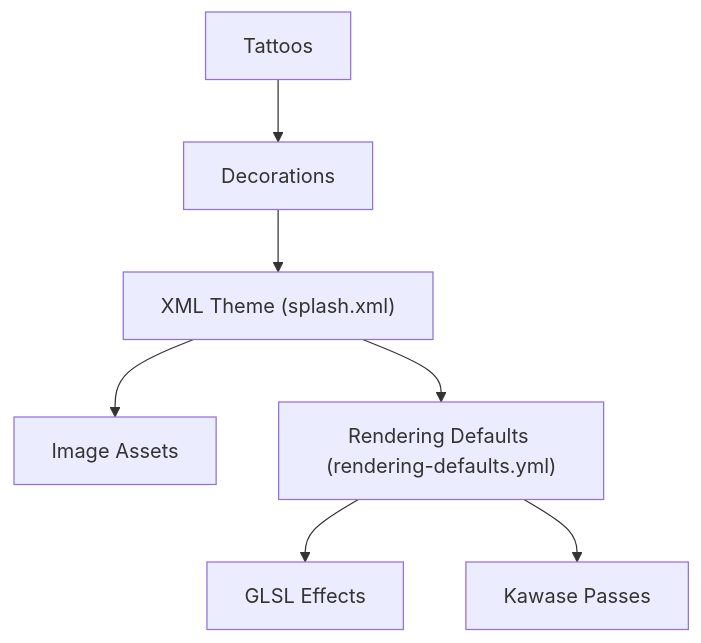
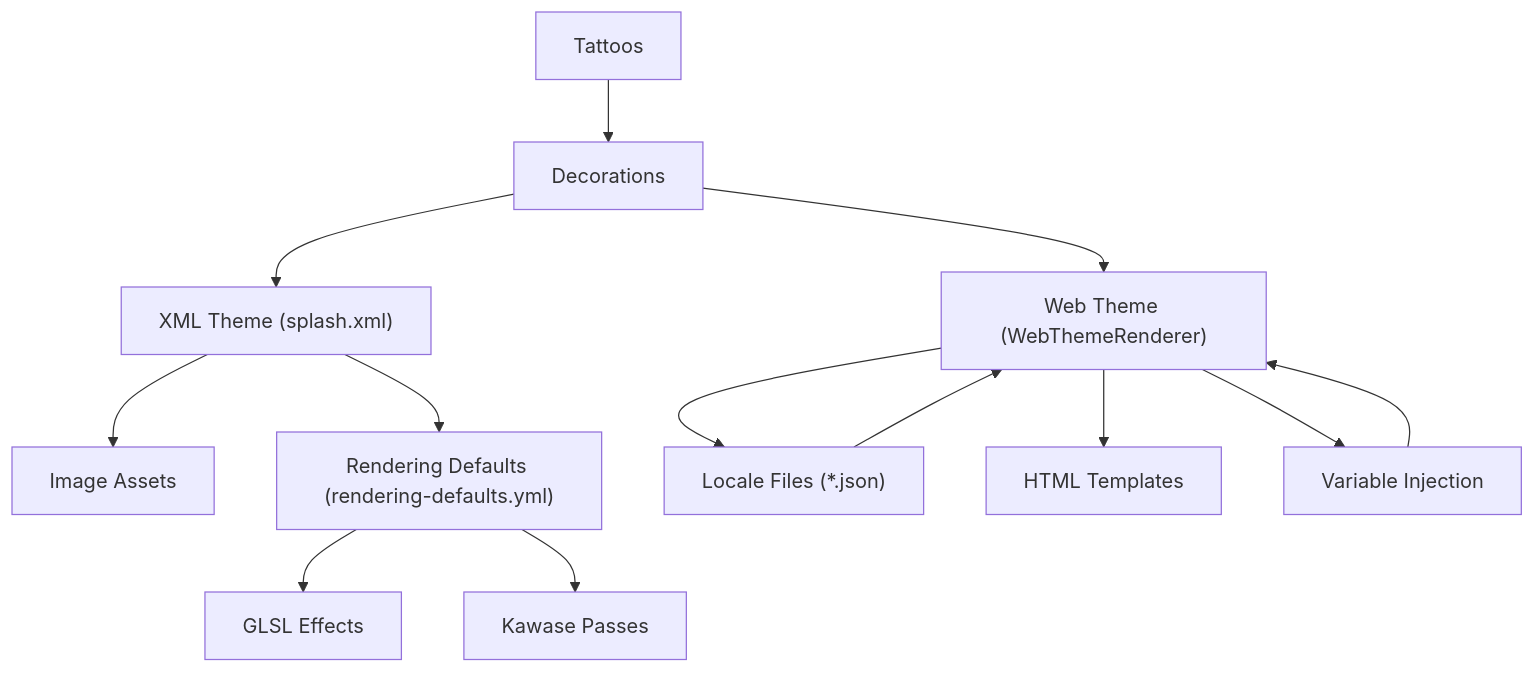
One commit to marcoriesco/RIESCADE_SYSTEM changed the fifth of 5 diagrams in .qoder/repowiki/en/content/Development Guide/Custom Theme and Visual Development.md. Above: the diagram before and after it, drawn with Mermaid. The commit also changed other lines of this file and 10 other files, not shown here.

````diff
--- a/.qoder/repowiki/en/content/Development Guide/Custom Theme and Visual Development.md
+++ b/.qoder/repowiki/en/content/Development Guide/Custom Theme and Visual Development.md
@@ -271,9 +402,15 @@
 ```mermaid
 graph TB
 T["XML Theme (splash.xml)"] --> IMG["Image Assets"]
 T --> SHCFG["Rendering Defaults (rendering-defaults.yml)"]
+WT["Web Theme (WebThemeRenderer)"] --> LOCALES["Locale Files (*.json)"]
+WT --> TPL["HTML Templates"]
+WT --> VAR["Variable Injection"]
 SHCFG --> SH["GLSL Effects"]
 SHCFG --> KAW["Kawase Passes"]
 DEC["Decorations"] --> T
+DEC --> WT
 TAT["Tattoos"] --> DEC
+LOCALES --> WT
+VAR --> WT
 ```
````
